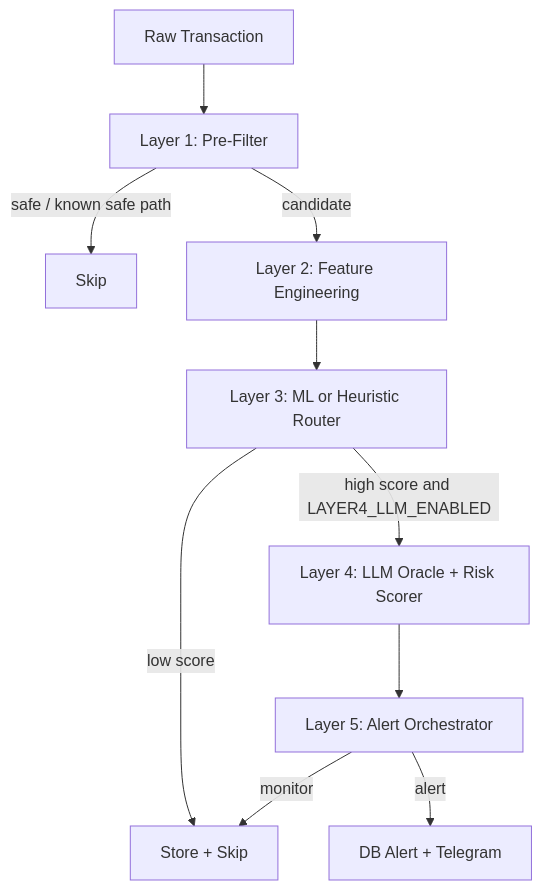
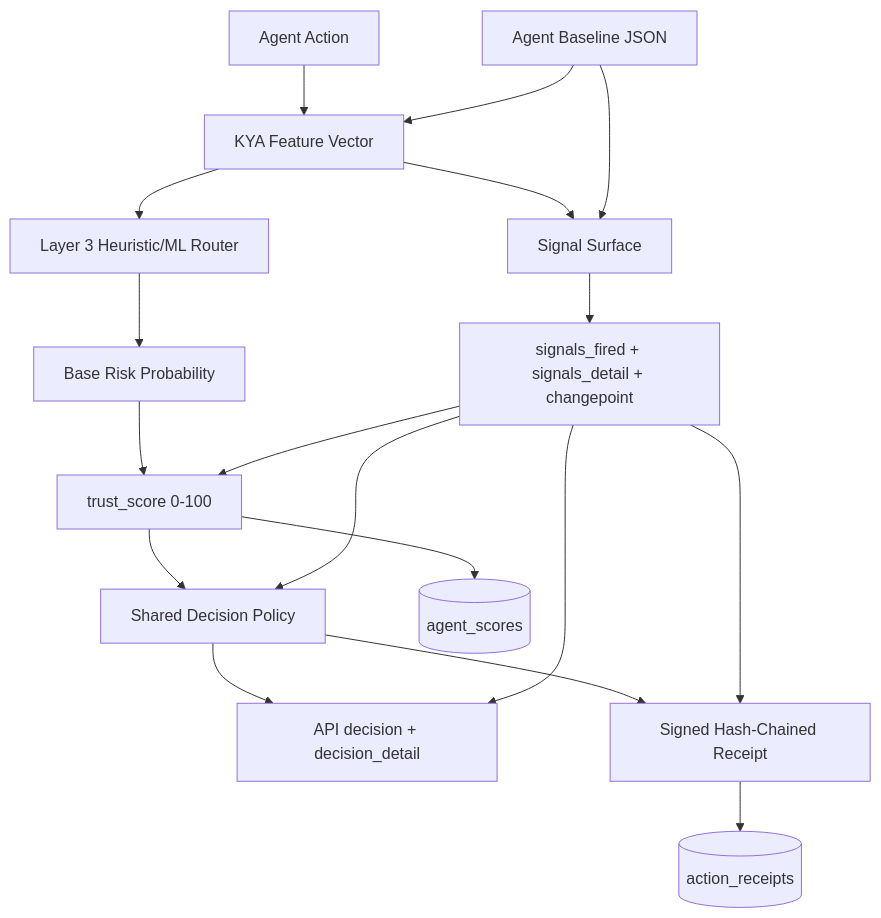
Before and after one commit to hasansazly/Talosly-startup: the third of 6 diagrams in README.md, drawn with Mermaid. The commit also changed other lines of this file, not shown here.

````diff
--- a/README.md
+++ b/README.md
@@ -147,12 +141,20 @@
 ```mermaid
 flowchart TD
-  Tx[Raw Transaction] --> L1[Layer 1: Pre-Filter]
-  L1 -->|safe / known safe path| Skip[Skip]
-  L1 -->|candidate| L2[Layer 2: Feature Engineering]
-  L2 --> L3[Layer 3: ML or Heuristic Router]
-  L3 -->|low score| Store[Store + Skip]
-  L3 -->|high score and LAYER4_LLM_ENABLED| L4[Layer 4: LLM Oracle + Risk Scorer]
-  L4 --> L5[Layer 5: Alert Orchestrator]
-  L5 -->|monitor| Store
-  L5 -->|alert| Alert[DB Alert + Telegram]
+  Action[Agent Action] --> Features[KYA Feature Vector]
+  Baseline[Agent Baseline JSON] --> Features
+  Features --> Layer3[Layer 3 Heuristic/ML Router]
+  Layer3 --> BaseRisk[Base Risk Probability]
+  Features --> Signals[Signal Surface]
+  Baseline --> Signals
+  Signals --> Fired[signals_fired + signals_detail + changepoint]
+  BaseRisk --> Trust[trust_score 0-100]
+  Fired --> Trust
+  Trust --> Decision[Shared Decision Policy]
+  Fired --> Decision
+  Decision --> APIResponse[API decision + decision_detail]
+  Decision --> Receipt[Signed Hash-Chained Receipt]
+  Fired --> APIResponse
+  Fired --> Receipt
+  Trust --> AgentScores[(agent_scores)]
+  Receipt --> ActionReceipts[(action_receipts)]
 ```
````
